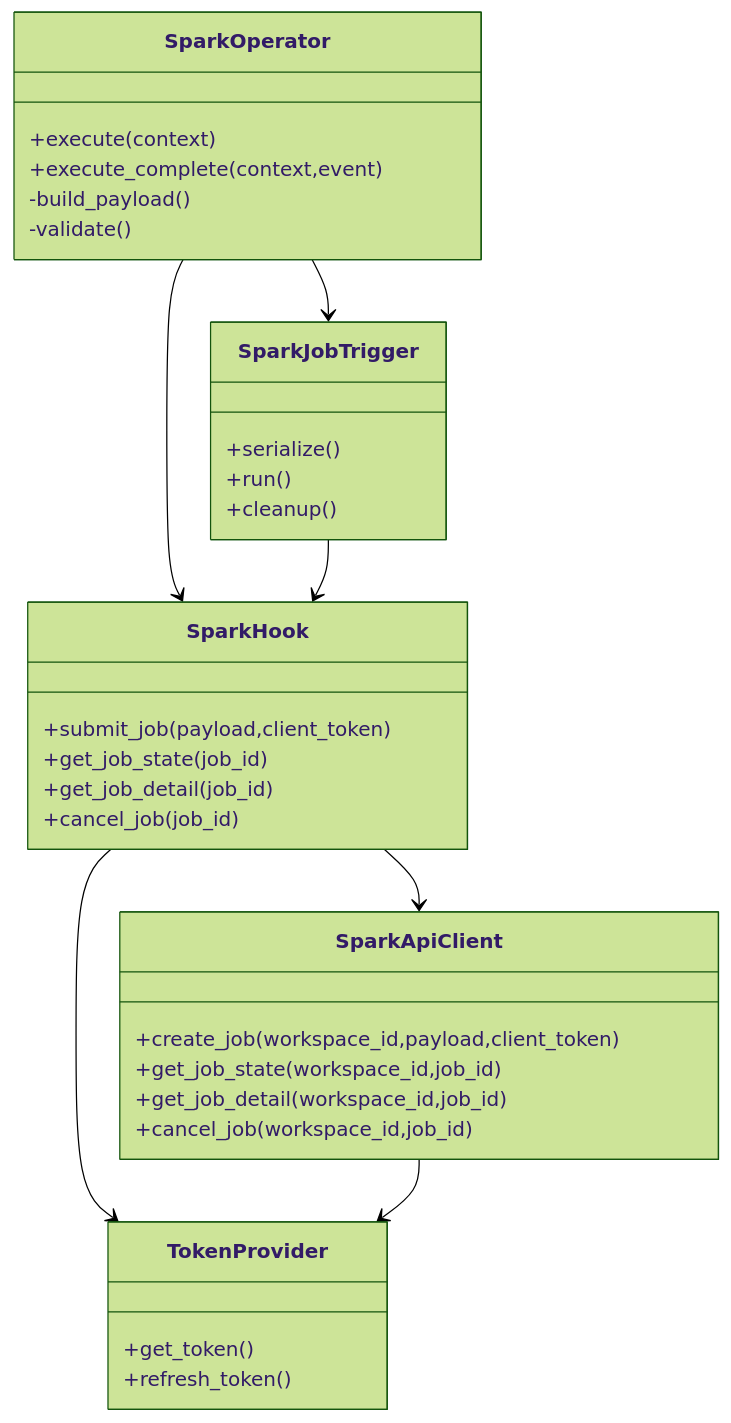
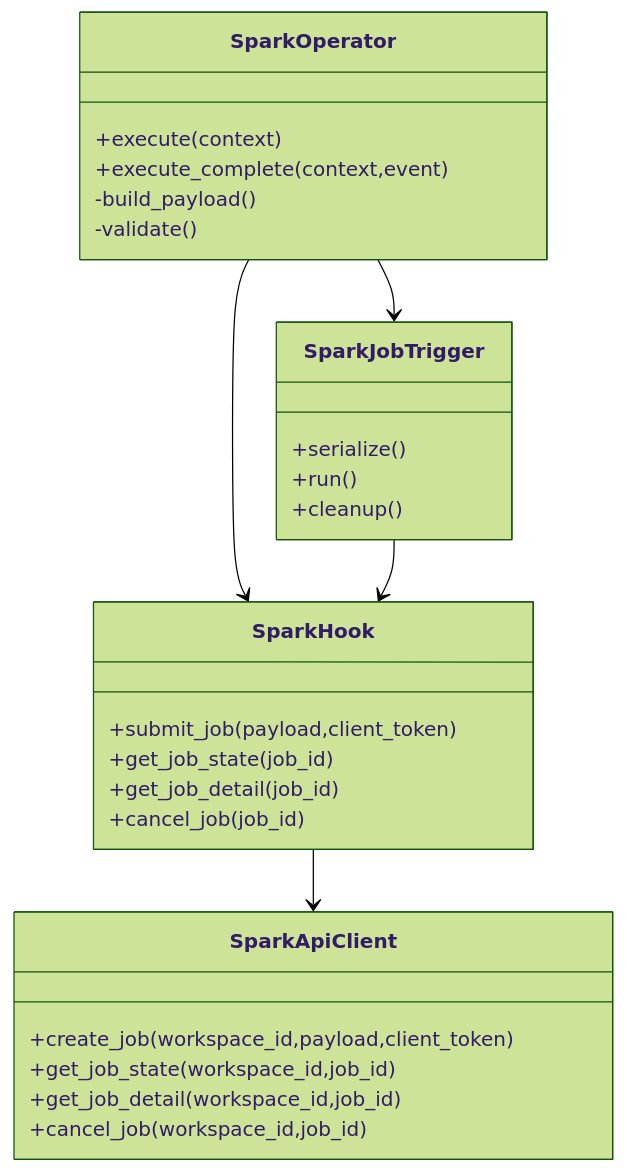
One commit to Percy-m/airflow_operator changed the second of 2 diagrams in docs/spark_operator_design.md. Above: the diagram before and after it, drawn with Mermaid (forest theme). The commit also changed other lines of this file and 8 other files, not shown here.

````diff
--- a/docs/spark_operator_design.md
+++ b/docs/spark_operator_design.md
@@ -638,41 +626,34 @@
 ```mermaid
 classDiagram
     class SparkOperator {
         +execute(context)
         +execute_complete(context,event)
         -build_payload()
         -validate()
     }
 
     class SparkHook {
         +submit_job(payload,client_token)
         +get_job_state(job_id)
         +get_job_detail(job_id)
         +cancel_job(job_id)
     }
 
     class SparkJobTrigger {
         +serialize()
         +run()
         +cleanup()
     }
 
     class SparkApiClient {
         +create_job(workspace_id,payload,client_token)
         +get_job_state(workspace_id,job_id)
         +get_job_detail(workspace_id,job_id)
         +cancel_job(workspace_id,job_id)
     }
 
-    class TokenProvider {
-        +get_token()
-        +refresh_token()
-    }
-
     SparkOperator --> SparkHook
     SparkOperator --> SparkJobTrigger
     SparkJobTrigger --> SparkHook
     SparkHook --> SparkApiClient
-    SparkHook --> TokenProvider
-    SparkApiClient --> TokenProvider
 ```
````
